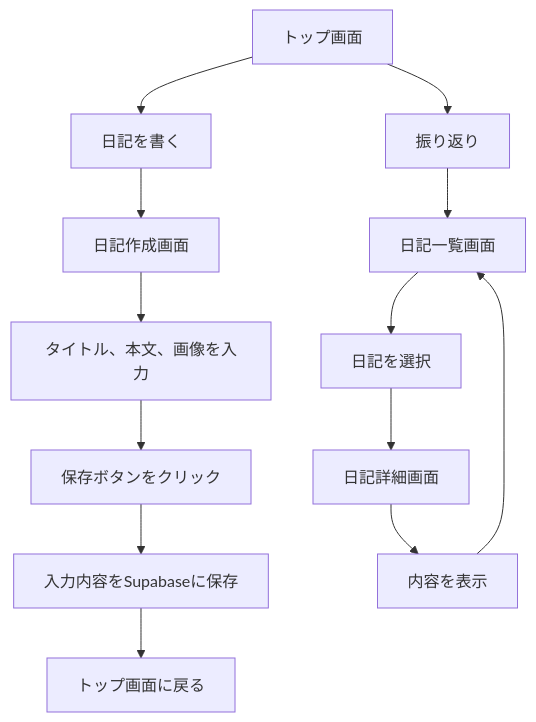
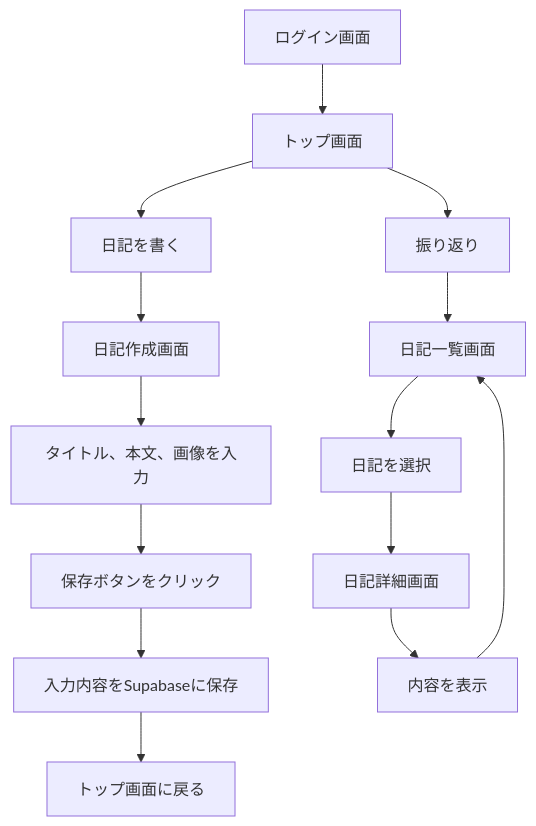
Before and after one commit to 310310Z/new: the first of 2 diagrams in nextjs-docker/my-nextjs-app/docs/overview.md, drawn with Mermaid. The commit also changed other lines of this file, not shown here.

Commit message:
フロー図のログイン画面追加 overview.md

````diff
--- a/nextjs-docker/my-nextjs-app/docs/overview.md
+++ b/nextjs-docker/my-nextjs-app/docs/overview.md
@@ -18,17 +22,18 @@
 ```mermaid
 flowchart TD
+    S[ログイン画面]--> A[トップ画面]
     A[トップ画面] --> B[日記を書く]
     A --> C[振り返り]
-    
+
     B --> D[日記作成画面]
     D --> E[タイトル、本文、画像を入力]
     E --> F[保存ボタンをクリック]
     F --> G[入力内容をSupabaseに保存]
     G --> H[トップ画面に戻る]
 
     C --> I[日記一覧画面]
     I --> J[日記を選択]
     J --> K[日記詳細画面]
     K --> L[内容を表示]
     L --> I[日記一覧画面]
 ```
````
